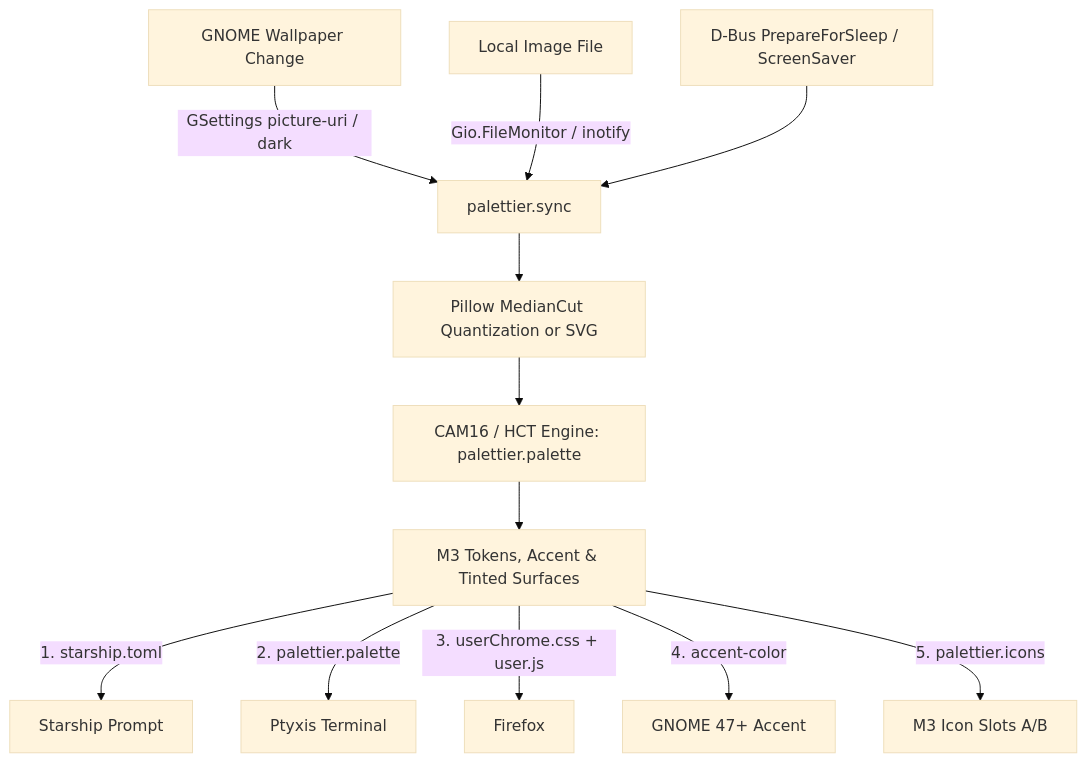
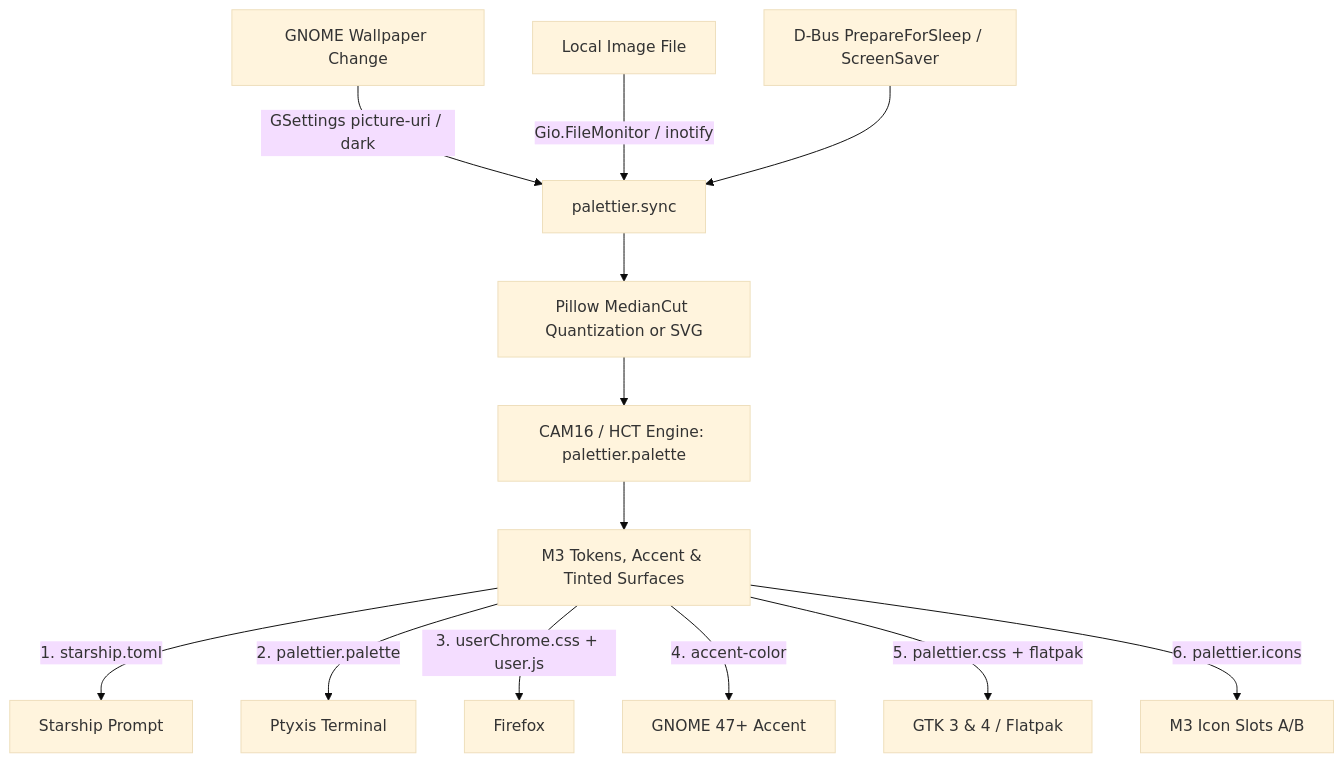
One commit to PedroMachado1/Palettier changed the diagram in README.md. Above: the diagram before and after it, drawn with Mermaid (base theme). The commit also changed other lines of this file and 9 other files, not shown here.

Commit message:
feat: add Material 3 GTK 3/4 and Flatpak color synchronization

````diff
--- a/README.md
+++ b/README.md
@@ -36,16 +36,17 @@
 ```mermaid
 flowchart TD
     A[GNOME Wallpaper Change] -->|GSettings picture-uri / dark| D[palettier.sync]
     A2[Local Image File] -->|Gio.FileMonitor / inotify| D
     S1[D-Bus PrepareForSleep / ScreenSaver] --> D
 
     D --> E1[Pillow MedianCut Quantization or SVG]
     E1 --> E2[CAM16 / HCT Engine: palettier.palette]
     E2 --> E3[M3 Tokens, Accent & Tinted Surfaces]
 
     E3 -->|1. starship.toml| F1[Starship Prompt]
     E3 -->|2. palettier.palette| F2[Ptyxis Terminal]
     E3 -->|3. userChrome.css + user.js| F3[Firefox]
     E3 -->|4. accent-color| F4[GNOME 47+ Accent]
-    E3 -->|5. palettier.icons| F5[M3 Icon Slots A/B]
+    E3 -->|5. palettier.css + flatpak| F5[GTK 3 & 4 / Flatpak]
+    E3 -->|6. palettier.icons| F6[M3 Icon Slots A/B]
 ```
````
